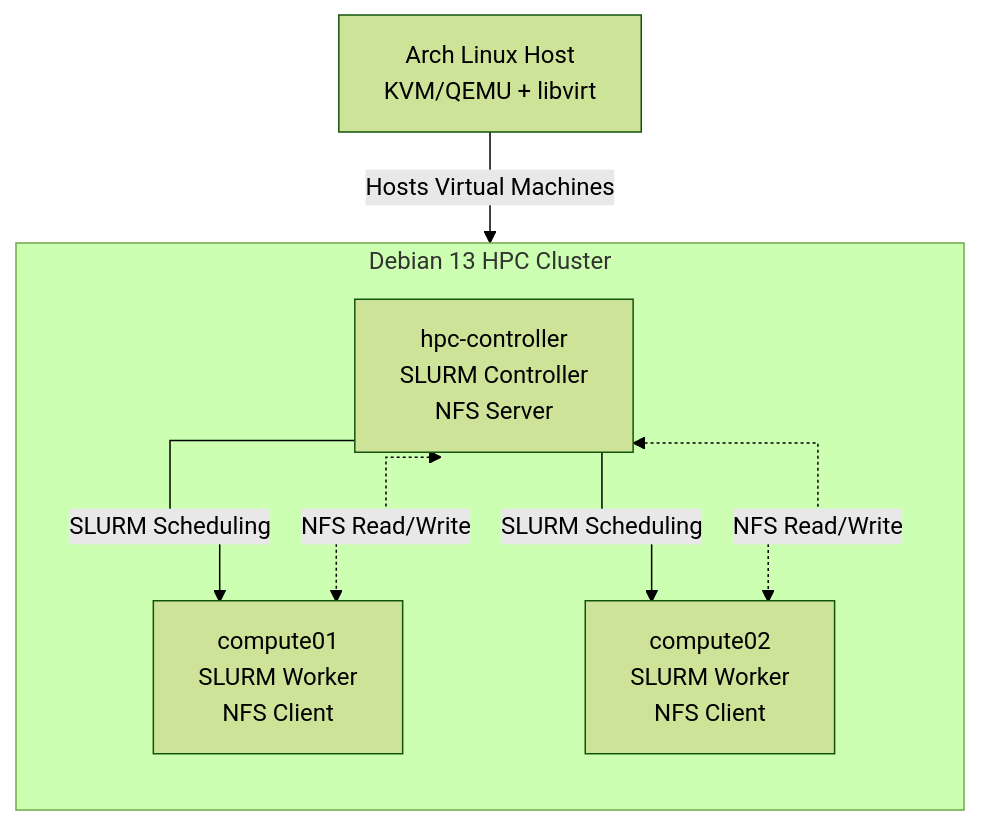
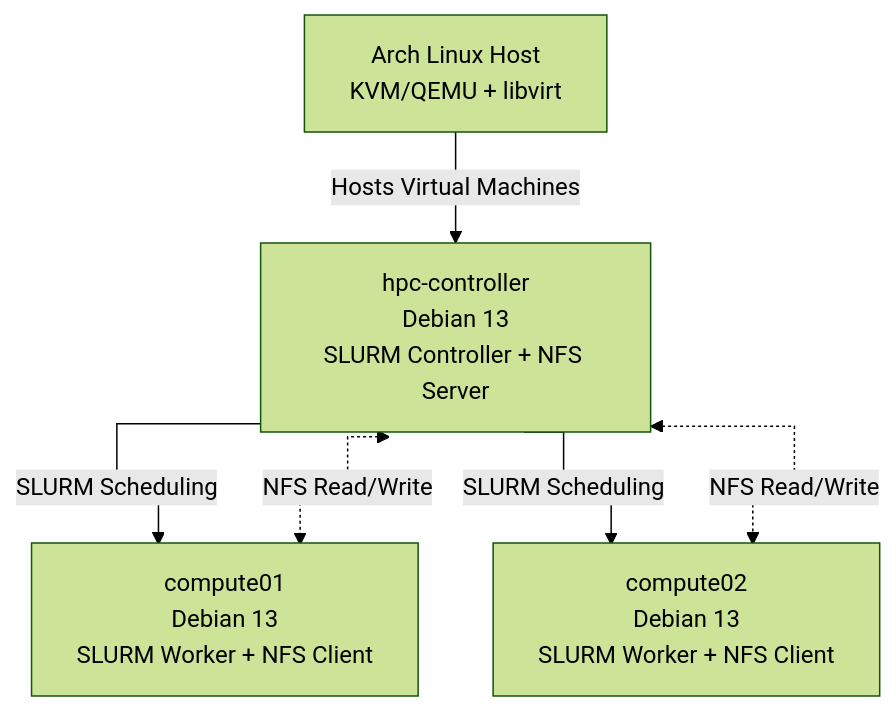
The diagram in content/Projects/Debian HPC Operations Lab/index.md (johncraigcastillo/portfolio), drawn with Mermaid (forest theme) before and after one commit.

Commit message:
Update HPC mermaid2

````diff
--- a/content/Projects/Debian HPC Operations Lab/index.md
+++ b/content/Projects/Debian HPC Operations Lab/index.md
@@ -11,26 +11,22 @@
 ```mermaid
 ---
 config:
   flowchart:
     curve: stepAfter
 ---
 flowchart TD
     H["Arch Linux Host<br/>KVM/QEMU + libvirt"]
 
-    subgraph CLUSTER["Debian 13 HPC Cluster"]
-        direction TB
+    C["hpc-controller<br/>Debian 13<br/>SLURM Controller + NFS Server"]
 
-        C["hpc-controller<br/>SLURM Controller<br/>NFS Server"]
+    W1["compute01<br/>Debian 13<br/>SLURM Worker + NFS Client"]
+    W2["compute02<br/>Debian 13<br/>SLURM Worker + NFS Client"]
 
-        W1["compute01<br/>SLURM Worker<br/>NFS Client"]
-        W2["compute02<br/>SLURM Worker<br/>NFS Client"]
+    H -->|"Hosts Virtual Machines"| C
 
-        C -->|"SLURM Scheduling"| W1
-        C -->|"SLURM Scheduling"| W2
+    C -->|"SLURM Scheduling"| W1
+    C -->|"SLURM Scheduling"| W2
 
-        C <-.->|"NFS Read/Write"| W1
-        C <-.->|"NFS Read/Write"| W2
-    end
-
-    H -->|"Hosts Virtual Machines"| CLUSTER
+    C <-.->|"NFS Read/Write"| W1
+    C <-.->|"NFS Read/Write"| W2
 ```
````
